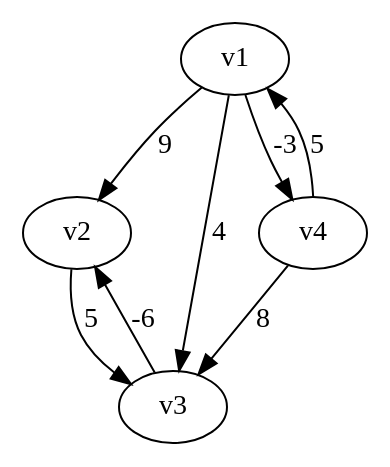
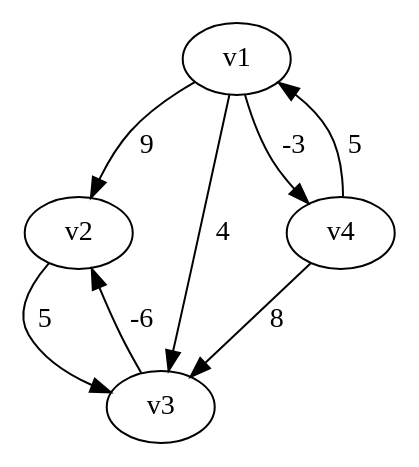
One commit to MaxPower9001/B-AI3GKAP changed the diagram in io/graph_07.dot. Above: the diagram before and after it, drawn with Graphviz. The commit also changed 15 other files, not shown here.

```diff
--- a/io/graph_07.dot
+++ b/io/graph_07.dot
@@ -1,14 +1,14 @@
 digraph graph_07
 {
 v1
 v2
 v3
 v4
-v1 -> v2 [label="9"]
-v1 -> v3 [label="4"]
-v1 -> v4 [label="-3"]
-v2 -> v3 [label="5"]
-v3 -> v2 [label="-6"]
-v4 -> v1 [label="5"]
-v4 -> v3 [label="8"]
+v1 -> v2 [label=" 9  "]
+v1 -> v3 [label=" 4  "]
+v1 -> v4 [label=" -3  "]
+v2 -> v3 [label=" 5  "]
+v3 -> v2 [label=" -6  "]
+v4 -> v1 [label=" 5  "]
+v4 -> v3 [label=" 8  "]
 }
```
